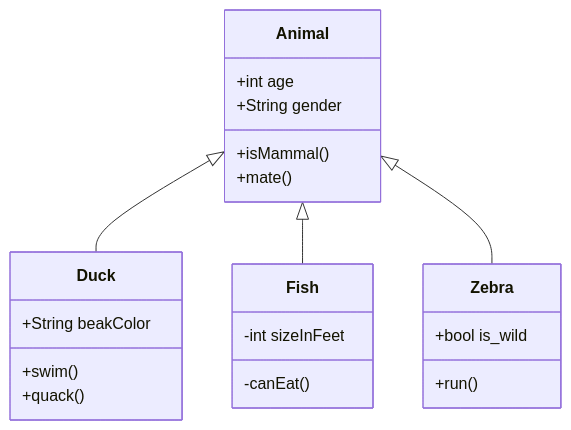
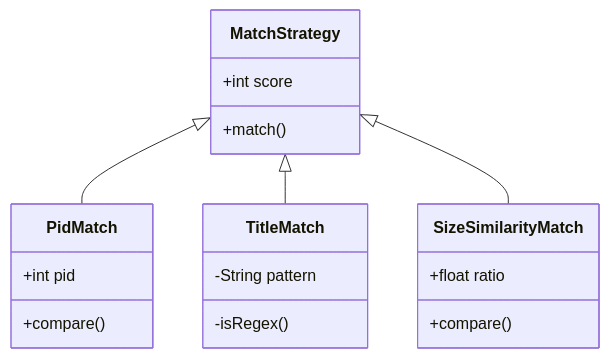
One commit to Finfra/m2slide changed the third of 3 diagrams in Projects/m2Slide_single_mode/m2SlideStyle.md. Above: the diagram before and after it, drawn with Mermaid. The commit also changed other lines of this file and 9 other files, not shown here.

````diff
--- a/Projects/m2Slide_single_mode/m2SlideStyle.md
+++ b/Projects/m2Slide_single_mode/m2SlideStyle.md
@@ -123,23 +132,20 @@
 ```mermaid
 classDiagram
-    Animal <|-- Duck
-    Animal <|-- Fish
-    Animal <|-- Zebra
-    Animal : +int age
-    Animal : +String gender
-    Animal : +isMammal()
-    Animal : +mate()
-    class Duck{
-        +String beakColor
-        +swim()
-        +quack()
+    MatchStrategy <|-- PidMatch
+    MatchStrategy <|-- TitleMatch
+    MatchStrategy <|-- SizeSimilarityMatch
+    MatchStrategy : +int score
+    MatchStrategy : +match()
+    class PidMatch{
+        +int pid
+        +compare()
     }
-    class Fish{
-        -int sizeInFeet
-        -canEat()
+    class TitleMatch{
+        -String pattern
+        -isRegex()
     }
-    class Zebra{
-        +bool is_wild
-        +run()
+    class SizeSimilarityMatch{
+        +float ratio
+        +compare()
     }
 ```
````
